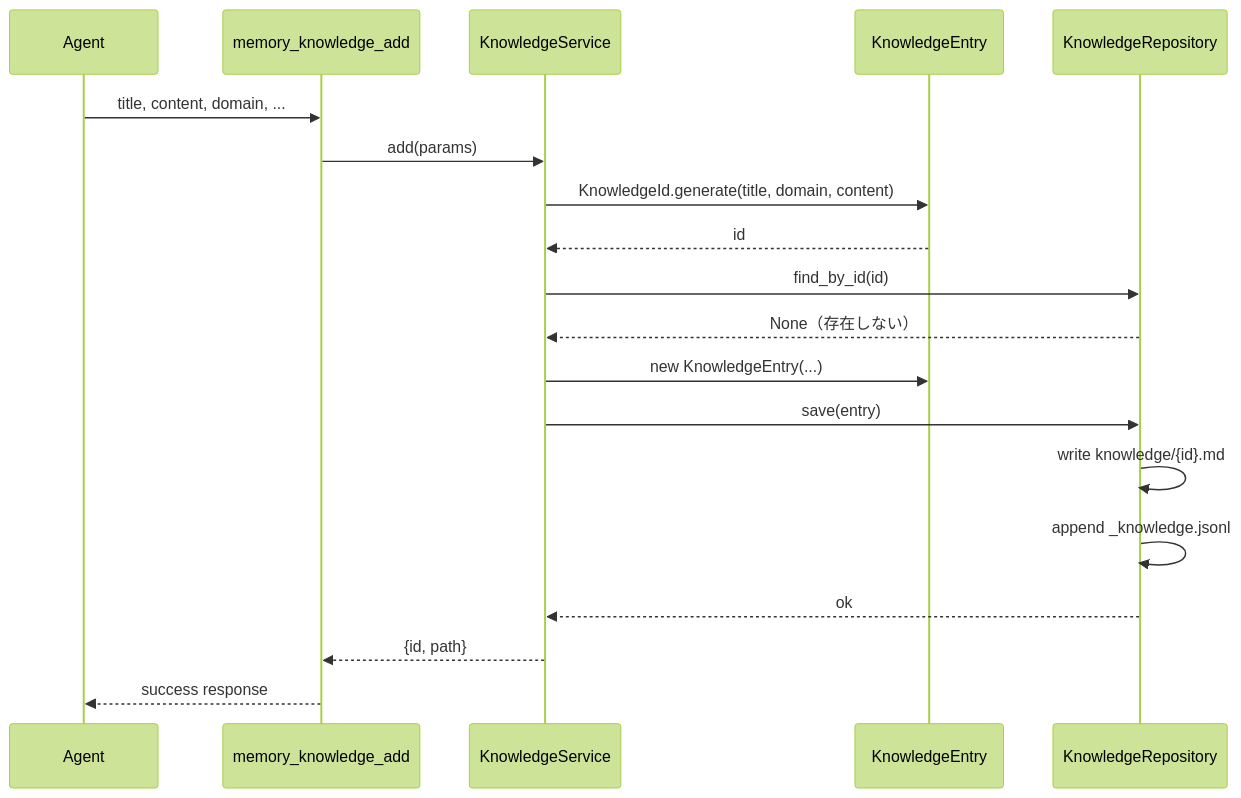
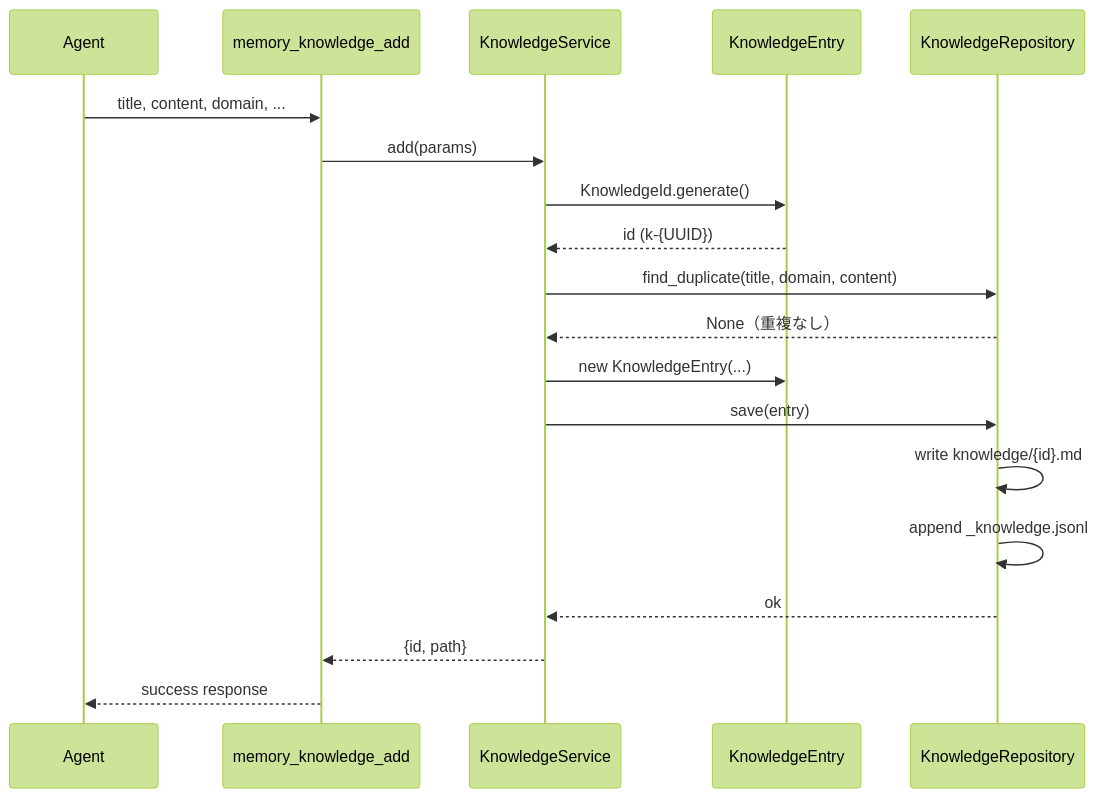
One commit to RK0429/agentic-memory changed the third of 6 diagrams in docs/design/ARCHITECTURE-knowledge-values.md. Above: the diagram before and after it, drawn with Mermaid (forest theme). The commit also changed other lines of this file and 2 other files, not shown here.

First line of the commit message:
docs: update Knowledge/Values design documents for consistency and clarity

````diff
--- a/docs/design/ARCHITECTURE-knowledge-values.md
+++ b/docs/design/ARCHITECTURE-knowledge-values.md
@@ -207,22 +207,22 @@
 ```mermaid
 sequenceDiagram
     participant A as Agent
     participant T as memory_knowledge_add
     participant KS as KnowledgeService
     participant KE as KnowledgeEntry
     participant KR as KnowledgeRepository
 
     A->>T: title, content, domain, ...
     T->>KS: add(params)
-    KS->>KE: KnowledgeId.generate(title, domain, content)
-    KE-->>KS: id
-    KS->>KR: find_by_id(id)
-    KR-->>KS: None（存在しない）
+    KS->>KE: KnowledgeId.generate()
+    KE-->>KS: id (k-{UUID})
+    KS->>KR: find_duplicate(title, domain, content)
+    KR-->>KS: None（重複なし）
     KS->>KE: new KnowledgeEntry(...)
     KS->>KR: save(entry)
     KR->>KR: write knowledge/{id}.md
     KR->>KR: append _knowledge.jsonl
     KR-->>KS: ok
     KS-->>T: {id, path}
     T-->>A: success response
 ```
````
